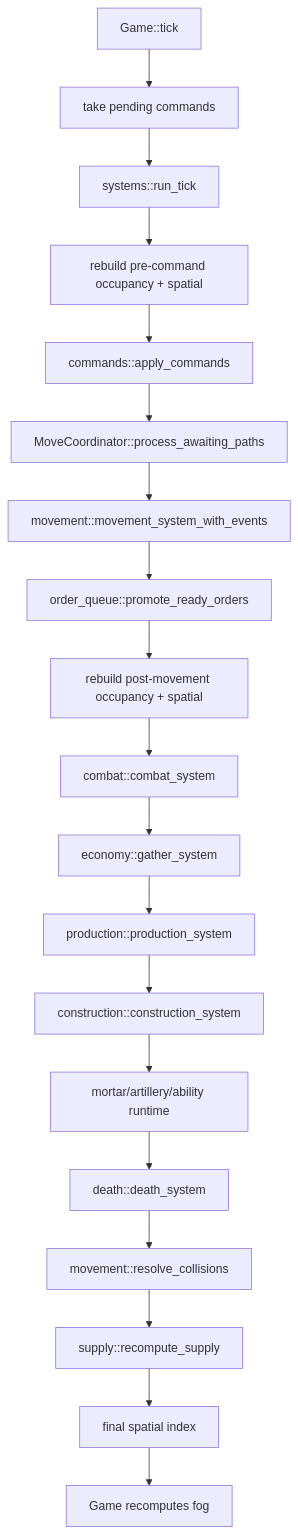
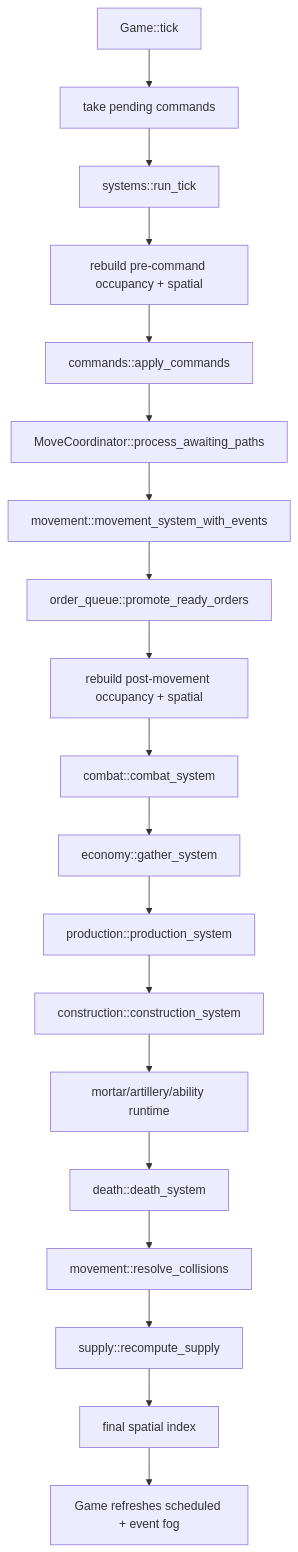
Before and after one commit to zvory/rts-0: the fourth of 8 diagrams in docs/design/server-architecture-walkthrough.md, drawn with Mermaid. The commit also changed other lines of this file and 10 other files, not shown here.

````diff
--- a/docs/design/server-architecture-walkthrough.md
+++ b/docs/design/server-architecture-walkthrough.md
@@ -173,21 +174,21 @@
 ```mermaid
 flowchart TD
     Tick["Game::tick"] --> Pending["take pending commands"]
     Pending --> Run["systems::run_tick"]
     Run --> C0["rebuild pre-command occupancy + spatial"]
     C0 --> Commands["commands::apply_commands"]
     Commands --> Paths1["MoveCoordinator::process_awaiting_paths"]
     Paths1 --> Movement["movement::movement_system_with_events"]
     Movement --> Queue["order_queue::promote_ready_orders"]
     Queue --> C1["rebuild post-movement occupancy + spatial"]
     C1 --> Combat["combat::combat_system"]
     Combat --> Economy["economy::gather_system"]
     Economy --> Production["production::production_system"]
     Production --> Construction["construction::construction_system"]
     Construction --> Impacts["mortar/artillery/ability runtime"]
     Impacts --> Death["death::death_system"]
     Death --> Collision["movement::resolve_collisions"]
     Collision --> Supply["supply::recompute_supply"]
     Supply --> Final["final spatial index"]
-    Final --> Fog["Game recomputes fog"]
+    Final --> Fog["Game refreshes scheduled + event fog"]
 ```
````
